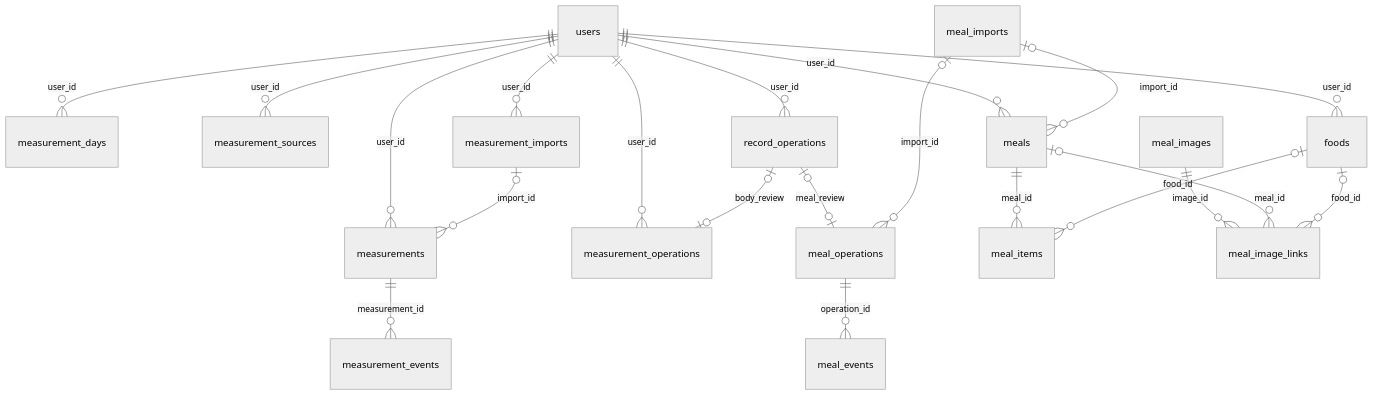
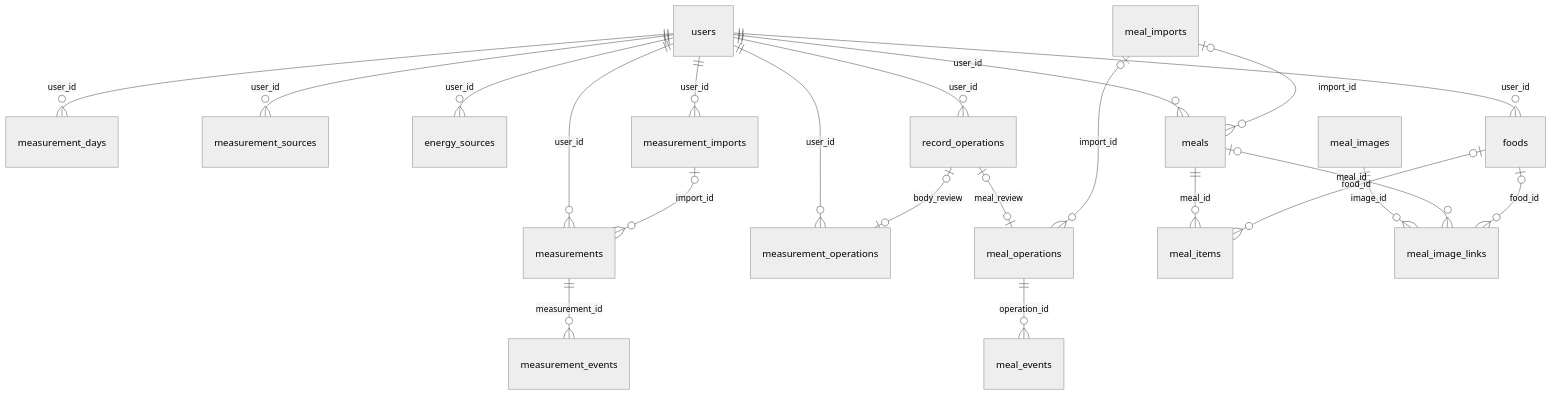
Before and after one commit to Obl1vion31/Formward: the first of 2 diagrams in docs/database.md, drawn with Mermaid (neutral theme). The commit also changed other lines of this file and 46 other files, not shown here.

Commit message:
Show latest dashboard records and remember energy sources

````diff
--- a/docs/database.md
+++ b/docs/database.md
@@ -23,23 +23,24 @@
 ```mermaid
 erDiagram
     users ||--o{ measurements : user_id
     users ||--o{ measurement_days : user_id
     users ||--o{ measurement_sources : user_id
+    users ||--o{ energy_sources : user_id
     users ||--o{ measurement_imports : user_id
     users ||--o{ measurement_operations : user_id
     users ||--o{ record_operations : user_id
     users ||--o{ foods : user_id
     users ||--o{ meals : user_id
     measurement_imports o|--o{ measurements : import_id
     measurements ||--o{ measurement_events : measurement_id
     record_operations o|--o| measurement_operations : body_review
     record_operations o|--o| meal_operations : meal_review
     meal_imports o|--o{ meals : import_id
     meal_imports o|--o{ meal_operations : import_id
     meals ||--o{ meal_items : meal_id
     foods o|--o{ meal_items : food_id
     meal_operations ||--o{ meal_events : operation_id
     meal_images ||--o{ meal_image_links : image_id
     meals o|--o{ meal_image_links : meal_id
     foods o|--o{ meal_image_links : food_id
 ```
````
